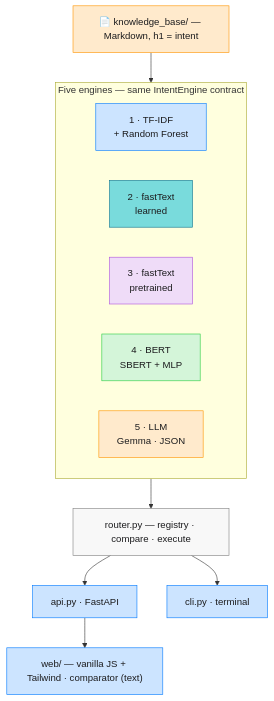
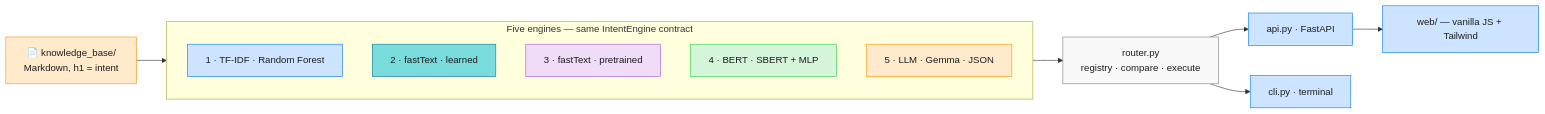
Before and after one commit to warith-harchaoui/intentions: the second of 2 diagrams in README.md, drawn with Mermaid. The commit also changed other lines of this file and 19 other files, not shown here.

Commit message:
refactor: upgrade LLM engine default from gemma4:e4b to gemma3:4b for improved performance and update documentation accordingly.

````diff
--- a/README.md
+++ b/README.md
@@ -235,29 +233,29 @@
 ```mermaid
-flowchart TB
-    KB["📄 knowledge_base/ — Markdown, h1 = intent"] --> Engines
+flowchart LR
+    KB["📄 knowledge_base/<br/>Markdown, h1 = intent"] --> Engines
 
     subgraph Engines["Five engines — same IntentEngine contract"]
-        direction LR
-        E1["1 · TF-IDF<br/>+ Random Forest"]
-        E2["2 · fastText<br/>learned"]
-        E3["3 · fastText<br/>pretrained"]
-        E4["4 · BERT<br/>SBERT + MLP"]
-        E5["5 · LLM<br/>Gemma · JSON"]
+        direction TB
+        E1["1 · TF-IDF · Random Forest"]
+        E2["2 · fastText · learned"]
+        E3["3 · fastText · pretrained"]
+        E4["4 · BERT · SBERT + MLP"]
+        E5["5 · LLM · Gemma · JSON"]
     end
 
-    Engines --> R["router.py — registry · compare · execute"]
+    Engines --> R["router.py<br/>registry · compare · execute"]
     R --> API["api.py · FastAPI"]
     R --> CLI["cli.py · terminal"]
-    API --> WEB["web/ — vanilla JS + Tailwind · comparator (text)"]
+    API --> WEB["web/ — vanilla JS + Tailwind"]
 
     style KB fill:#FFEACC,stroke:#FF9500,color:#1C1C1E
     style R fill:#F8F8F8,stroke:#808080,color:#1C1C1E
     style E1 fill:#CCE4FF,stroke:#007AFF,color:#1C1C1E
     style E2 fill:#79DBDC,stroke:#0E7490,color:#1C1C1E
     style E3 fill:#EFDCF8,stroke:#AF52DE,color:#1C1C1E
     style E4 fill:#D4F5D9,stroke:#28CD41,color:#1C1C1E
     style E5 fill:#FFEACC,stroke:#FF9500,color:#1C1C1E
     style API fill:#CCE4FF,stroke:#007AFF,color:#1C1C1E
     style CLI fill:#CCE4FF,stroke:#007AFF,color:#1C1C1E
     style WEB fill:#CCE4FF,stroke:#007AFF,color:#1C1C1E
 ```
````
